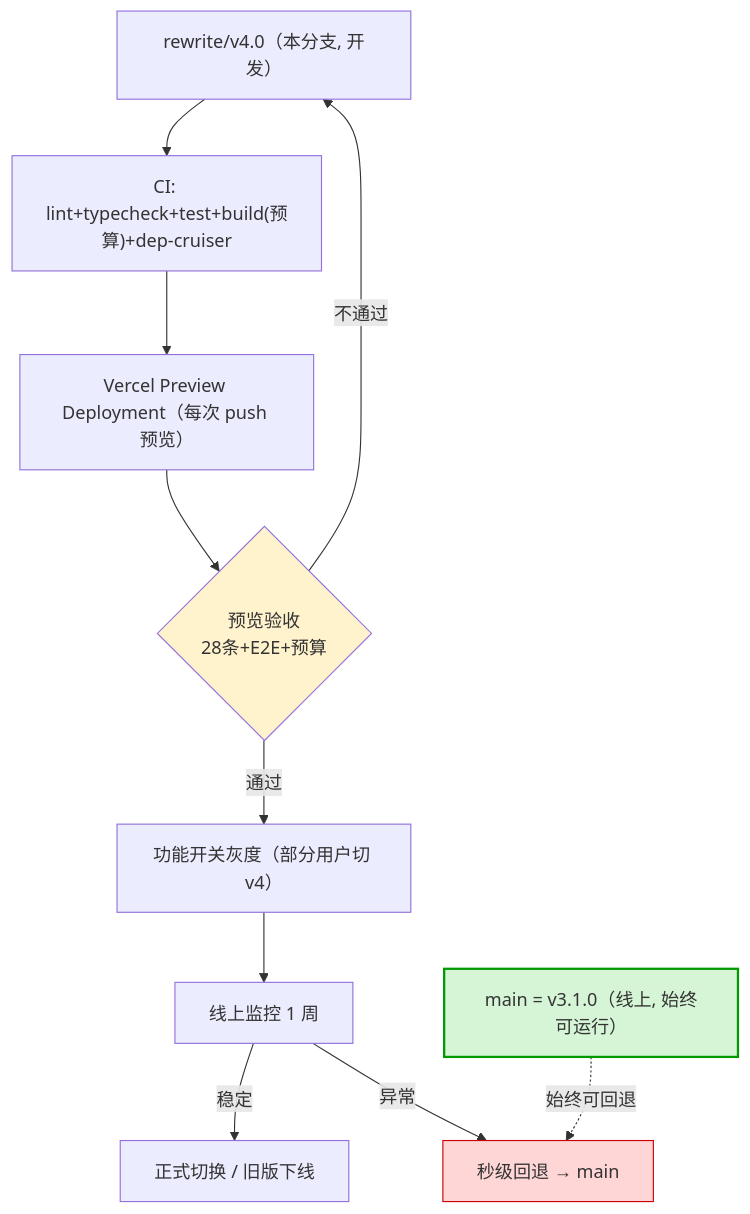
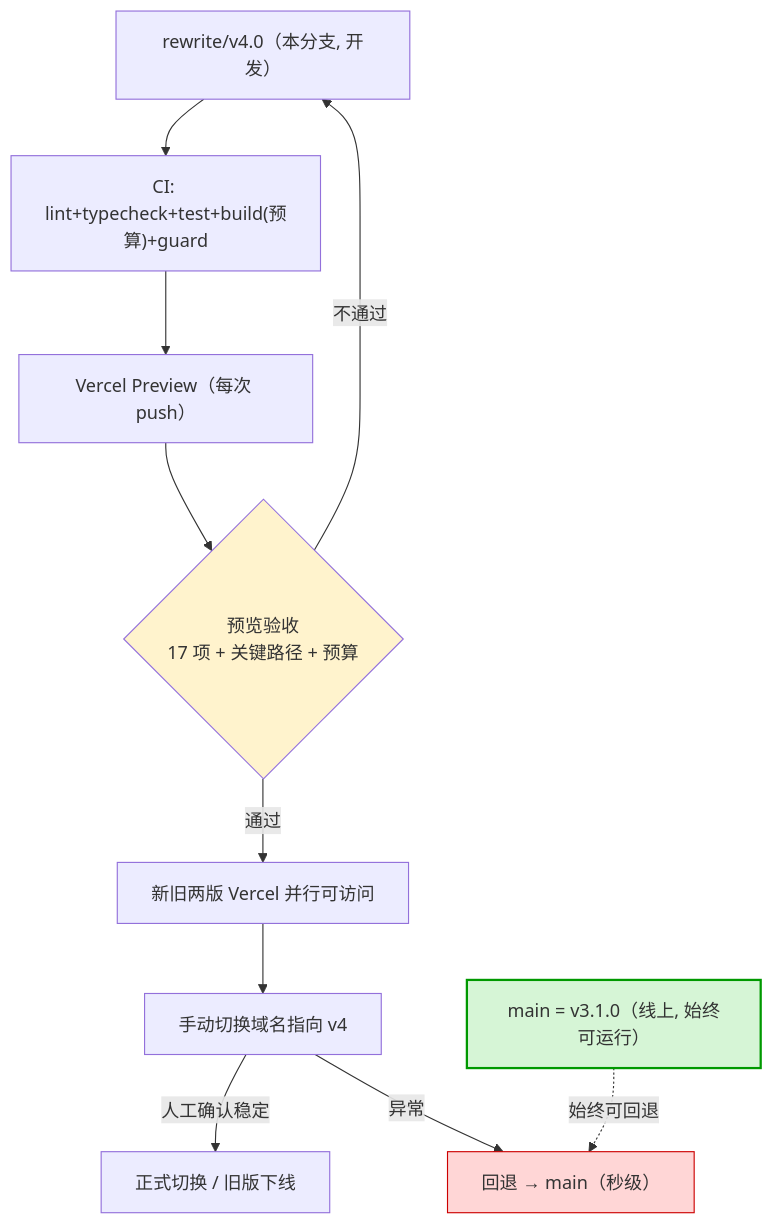
Before and after one commit to duckytan/buddhist-reader: the fifth of 5 diagrams in docs/plans/2026-09-29-v4.0-development-plan.md, drawn with Mermaid. The commit also changed other lines of this file and 2 other files, not shown here.

````diff
--- a/docs/plans/2026-09-29-v4.0-development-plan.md
+++ b/docs/plans/2026-09-29-v4.0-development-plan.md
@@ -657,23 +878,23 @@
 ```mermaid
 flowchart TD
     MAIN["main = v3.1.0（线上, 始终可运行）"]
     BR["rewrite/v4.0（本分支, 开发）"]
-    CI["CI: lint+typecheck+test+build(预算)+dep-cruiser"]
-    PREV["Vercel Preview Deployment（每次 push 预览）"]
-    GATE{"预览验收<br/>28条+E2E+预算"}
-    FLAG["功能开关灰度（部分用户切 v4）"]
-    MON["线上监控 1 周"]
+    CI["CI: lint+typecheck+test+build(预算)+guard"]
+    PREV["Vercel Preview（每次 push）"]
+    GATE{"预览验收<br/>17 项 + 关键路径 + 预算"}
+    PAR["新旧两版 Vercel 并行可访问"]
+    SW["手动切换域名指向 v4"]
     DONE["正式切换 / 旧版下线"]
-    RB["秒级回退 → main"]
+    RB["回退 → main（秒级）"]
 
     BR --> CI --> PREV --> GATE
-    GATE -->|通过| FLAG
+    GATE -->|通过| PAR
     GATE -->|不通过| BR
-    FLAG --> MON
-    MON -->|稳定| DONE
-    MON -->|异常| RB
+    PAR --> SW
+    SW -->|人工确认稳定| DONE
+    SW -->|异常| RB
     MAIN -.->|始终可回退| RB
     style MAIN fill:#d6f5d6,stroke:#090,stroke-width:2px
     style GATE fill:#fff3cd
     style RB fill:#ffd6d6,stroke:#c00
 ```
````
